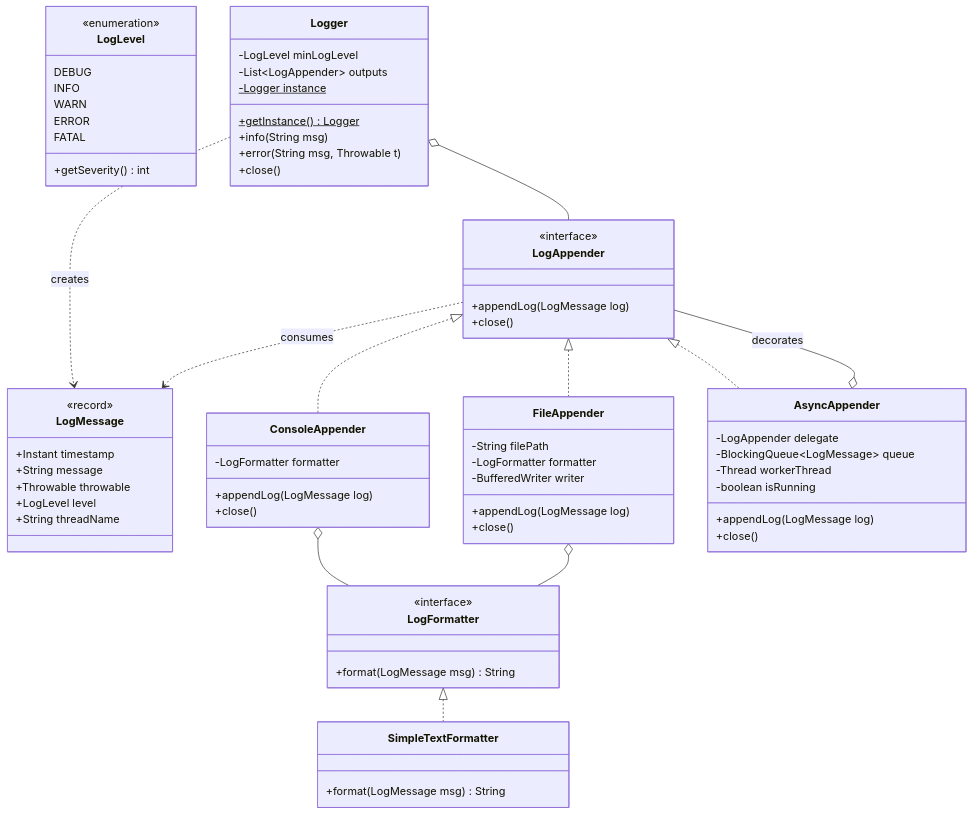
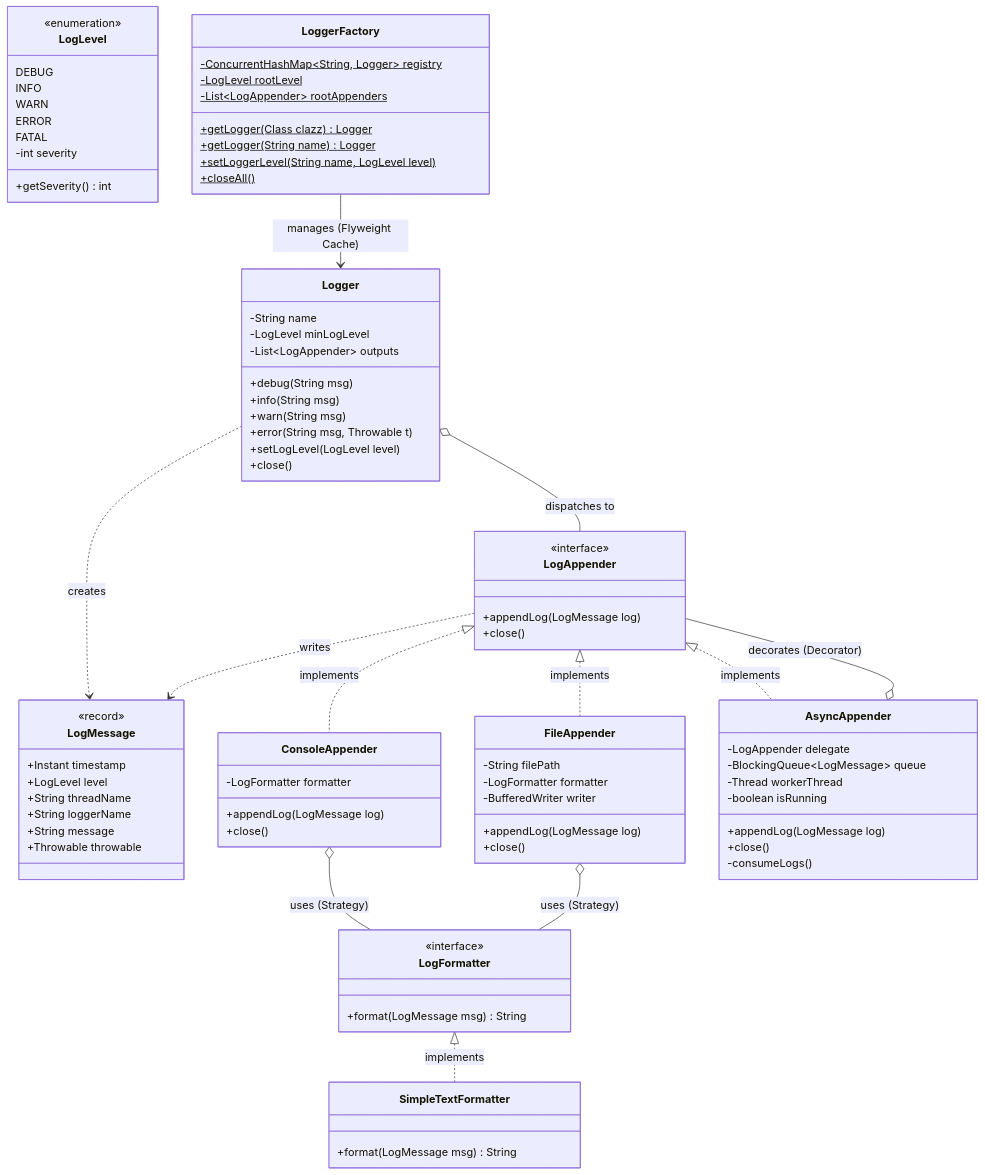
One commit to JyotimoyKashyap/system-design-labs changed the first of 3 diagrams in logging-framework-lld/README.md. Above: the diagram before and after it, drawn with Mermaid. The commit also changed other lines of this file and 6 other files, not shown here.

Commit message:
feat : Added LoggerFactory

````diff
--- a/logging-framework-lld/README.md
+++ b/logging-framework-lld/README.md
@@ -73,16 +136,18 @@
         WARN
         ERROR
         FATAL
+        -int severity
         +getSeverity() int
     }
 
     class LogMessage {
         <<record>>
         +Instant timestamp
+        +LogLevel level
+        +String threadName
+        +String loggerName
         +String message
         +Throwable throwable
-        +LogLevel level
-        +String threadName
     }
 
     class LogFormatter {
@@ -121,26 +186,40 @@
         -boolean isRunning
         +appendLog(LogMessage log)
         +close()
+        -consumeLogs()
     }
 
     class Logger {
+        -String name
         -LogLevel minLogLevel
         -List~LogAppender~ outputs
-        -Logger instance$
-        +getInstance()$ Logger
+        +debug(String msg)
         +info(String msg)
+        +warn(String msg)
         +error(String msg, Throwable t)
+        +setLogLevel(LogLevel level)
         +close()
     }
 
-    LogFormatter <|.. SimpleTextFormatter
-    LogAppender <|.. ConsoleAppender
-    LogAppender <|.. FileAppender
-    LogAppender <|.. AsyncAppender
-    AsyncAppender o-- LogAppender : decorates
-    Logger o-- LogAppender
-    ConsoleAppender o-- LogFormatter
-    FileAppender o-- LogFormatter
+    class LoggerFactory {
+        -ConcurrentHashMap~String, Logger~ registry$
+        -LogLevel rootLevel$
+        -List~LogAppender~ rootAppenders$
+        +getLogger(Class clazz)$ Logger
+        +getLogger(String name)$ Logger
+        +setLoggerLevel(String name, LogLevel level)$
+        +closeAll()$
+    }
+
+    LogFormatter <|.. SimpleTextFormatter : implements
+    LogAppender <|.. ConsoleAppender : implements
+    LogAppender <|.. FileAppender : implements
+    LogAppender <|.. AsyncAppender : implements
+    AsyncAppender o-- LogAppender : decorates (Decorator)
+    ConsoleAppender o-- LogFormatter : uses (Strategy)
+    FileAppender o-- LogFormatter : uses (Strategy)
+    Logger o-- LogAppender : dispatches to
+    LoggerFactory --> Logger : manages (Flyweight Cache)
     Logger ..> LogMessage : creates
-    LogAppender ..> LogMessage : consumes
+    LogAppender ..> LogMessage : writes
 ```
````
